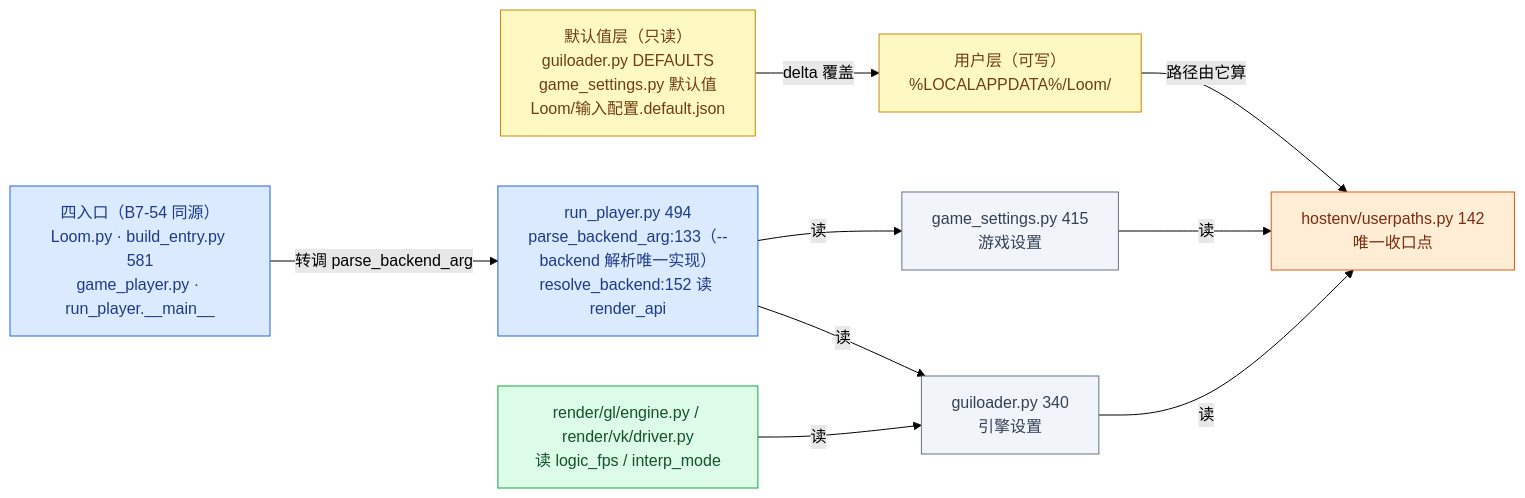
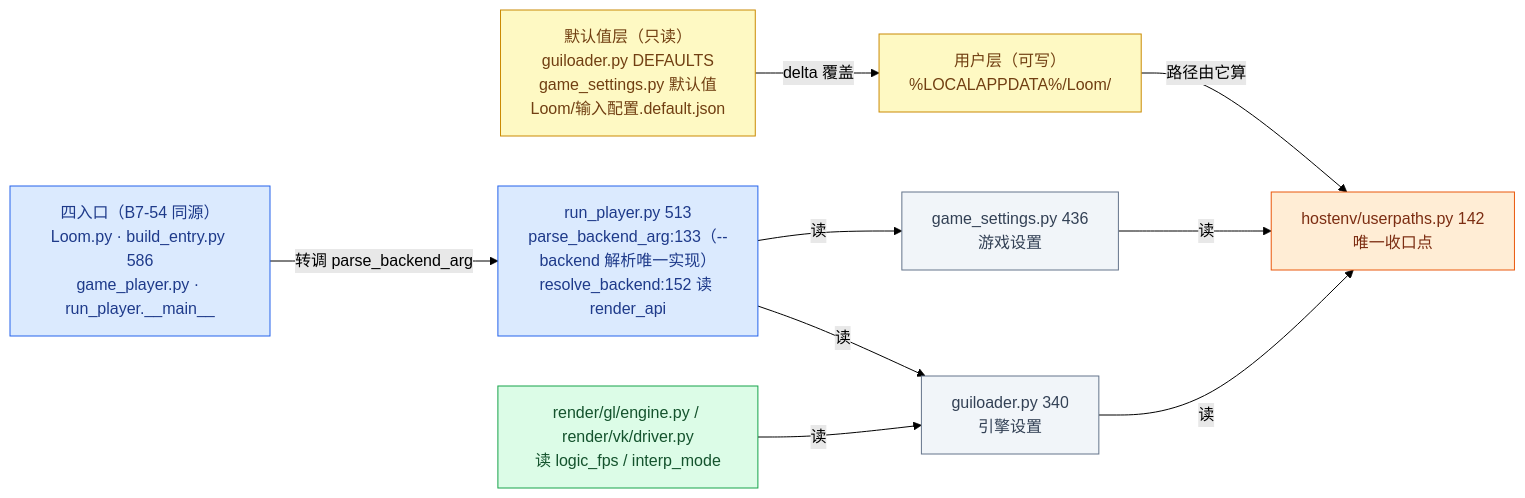
Before and after one commit to lhy302/WeaveEngine: diagram 11 of 23 in ARCHITECTURE.md, drawn with Mermaid (forest theme). The commit also changed other lines of this file, not shown here.

Commit message:
docs: Q-B7-60-1 终审修复批图同步（VK 失败自动回退/面板可达/写盘单层化，HEAD 6258ff1：图1/1.1/8/9/13/19 + 169→171 个 .py/65123 行 + 新门 test_editor_vk_fallback_panel 55 + run_all 6497 PASS）

````diff
--- a/ARCHITECTURE.md
+++ b/ARCHITECTURE.md
@@ -560,24 +565,24 @@
 ```mermaid
 flowchart LR
   T["默认值层（只读）<br/>guiloader.py DEFAULTS<br/>game_settings.py 默认值<br/>Loom/输入配置.default.json"]:::external
   U["用户层（可写）<br/>%LOCALAPPDATA%/Loom/"]:::external
   P["hostenv/userpaths.py 142<br/>唯一收口点"]:::contract
   G1["guiloader.py 340<br/>引擎设置"]:::file
-  G2["game_settings.py 415<br/>游戏设置"]:::file
-  C0["四入口（B7-54 同源）<br/>Loom.py · build_entry.py 581<br/>game_player.py · run_player.__main__"]:::entry
-  R1["run_player.py 494<br/>parse_backend_arg:133（--backend 解析唯一实现）<br/>resolve_backend:152 读 render_api"]:::entry
+  G2["game_settings.py 436<br/>游戏设置"]:::file
+  C0["四入口（B7-54 同源）<br/>Loom.py · build_entry.py 586<br/>game_player.py · run_player.__main__"]:::entry
+  R1["run_player.py 513<br/>parse_backend_arg:133（--backend 解析唯一实现）<br/>resolve_backend:152 读 render_api"]:::entry
   R2["render/gl/engine.py / render/vk/driver.py<br/>读 logic_fps / interp_mode"]:::impl
   T -->|delta 覆盖| U
   U -->|路径由它算| P
   G1 -->|读| P
   G2 -->|读| P
   C0 -->|转调 parse_backend_arg| R1
   R1 -->|读| G1
   R1 -->|读| G2
   R2 -->|读| G1
   classDef entry fill:#dbeafe,stroke:#2563eb,color:#1e3a8a
   classDef impl fill:#dcfce7,stroke:#16a34a,color:#14532d
   classDef contract fill:#ffedd5,stroke:#ea580c,color:#7c2d12
   classDef file fill:#f1f5f9,stroke:#64748b,color:#334155
   classDef external fill:#fef9c3,stroke:#ca8a04,color:#713f12
 ```
````
